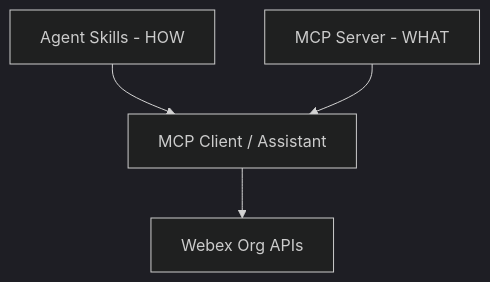
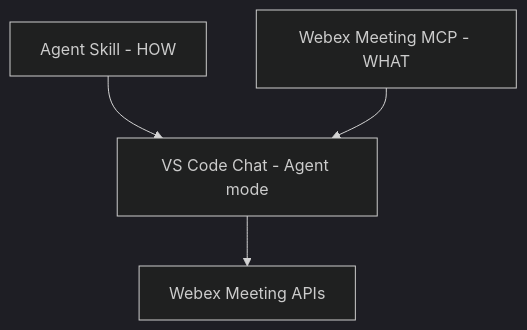
The diagram in docs/lab4_agent-skills.md (WebexCC-SA/LAB-31123), drawn with Mermaid (dark theme) before and after one commit. The commit also changed other lines of this file and 1 other file, not shown here.

Commit message:
adding skills lab guides

````diff
--- a/docs/lab4_agent-skills.md
+++ b/docs/lab4_agent-skills.md
@@ -12,9 +17,9 @@
 ```mermaid
 flowchart TB
-    Skills[Agent Skills - HOW]
-    MCP[MCP Server - WHAT]
-    Client[MCP Client / Assistant]
+    Skills[Agent Skill - HOW]
+    MCP[Webex Meeting MCP - WHAT]
+    Client[VS Code Chat - Agent mode]
     Skills --> Client
     MCP --> Client
-    Client --> Webex[Webex Org APIs]
+    Client --> Webex[Webex Meeting APIs]
 ```
````
